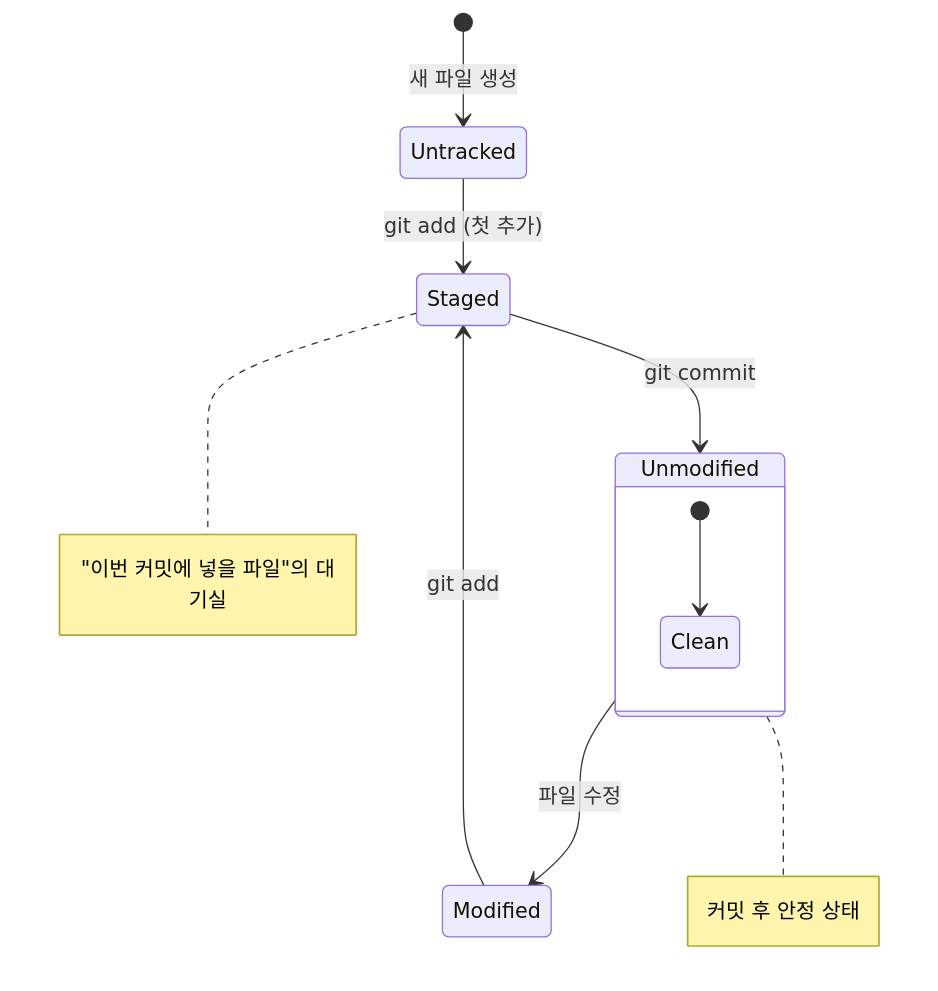
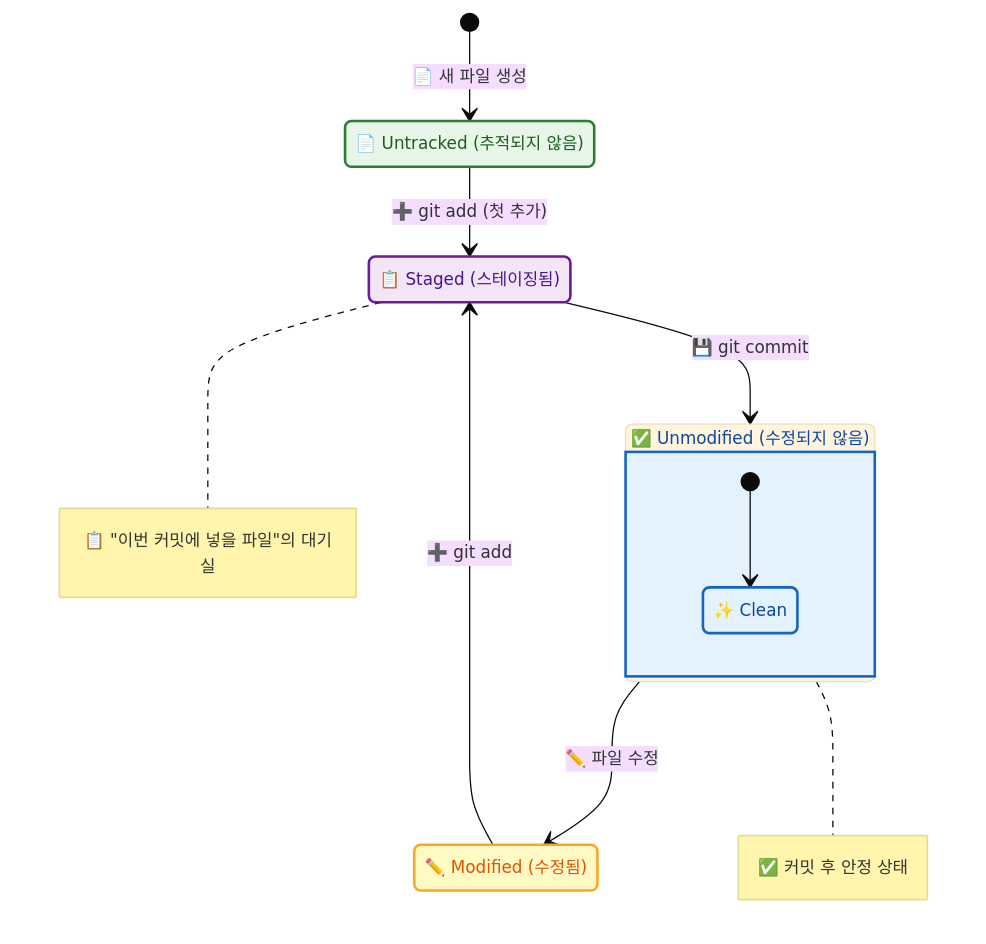
One commit to jingu279/Document changed the first of 3 diagrams in git/02_기초/02_Git_워크플로우.md. Above: the diagram before and after it, drawn with Mermaid. The commit also changed other lines of this file and 24 other files, not shown here.

First line of the commit message:
Git 문서 전체 Mermaid 다이어그램 스타일링 통일

````diff
--- a/git/02_기초/02_Git_워크플로우.md
+++ b/git/02_기초/02_Git_워크플로우.md
@@ -17,15 +17,34 @@
 ```mermaid
+%%{init: {'theme': 'base', 'themeVariables': {'fontSize': '13px'}}}%%
 stateDiagram-v2
-  [*] --> Untracked : 새 파일 생성
-  Untracked --> Staged : git add (첫 추가)
+  state "📄 Untracked (추적되지 않음)" as Untracked
+  state "📋 Staged (스테이징됨)" as Staged
+  state "✅ Unmodified (수정되지 않음)" as Unmodified
+  state "✏️ Modified (수정됨)" as Modified
+  state "✨ Clean" as Clean
+
+  [*] --> Untracked : 📄 새 파일 생성
+  Untracked --> Staged : ➕ git add (첫 추가)
 
   state Unmodified {
     [*] --> Clean
   }
-  Unmodified --> Modified : 파일 수정
-  Modified --> Staged : git add
-  Staged --> Unmodified : git commit
+  Unmodified --> Modified : ✏️ 파일 수정
+  Modified --> Staged : ➕ git add
+  Staged --> Unmodified : 💾 git commit
 
-  note right of Staged : "이번 커밋에 넣을 파일"의 대기실
-  note right of Unmodified : 커밋 후 안정 상태
+  note right of Staged : 📋 "이번 커밋에 넣을 파일"의 대기실
+  note right of Unmodified : ✅ 커밋 후 안정 상태
+
+  classDef main fill:#fff3e0,stroke:#e65100,stroke-width:2px,color:#bf360c
+  classDef sub fill:#e8f5e9,stroke:#2e7d32,stroke-width:2px,color:#1b5e20
+  classDef proc fill:#e3f2fd,stroke:#1565c0,stroke-width:2px,color:#0d47a1
+  classDef decision fill:#fff9c4,stroke:#f9a825,stroke-width:2px,color:#e65100
+  classDef highlight fill:#f3e5f5,stroke:#6a1b9a,stroke-width:2px,color:#4a148c
+
+  class Untracked sub
+  class Staged highlight
+  class Unmodified proc
+  class Modified decision
+  class Clean proc
 ```
````
